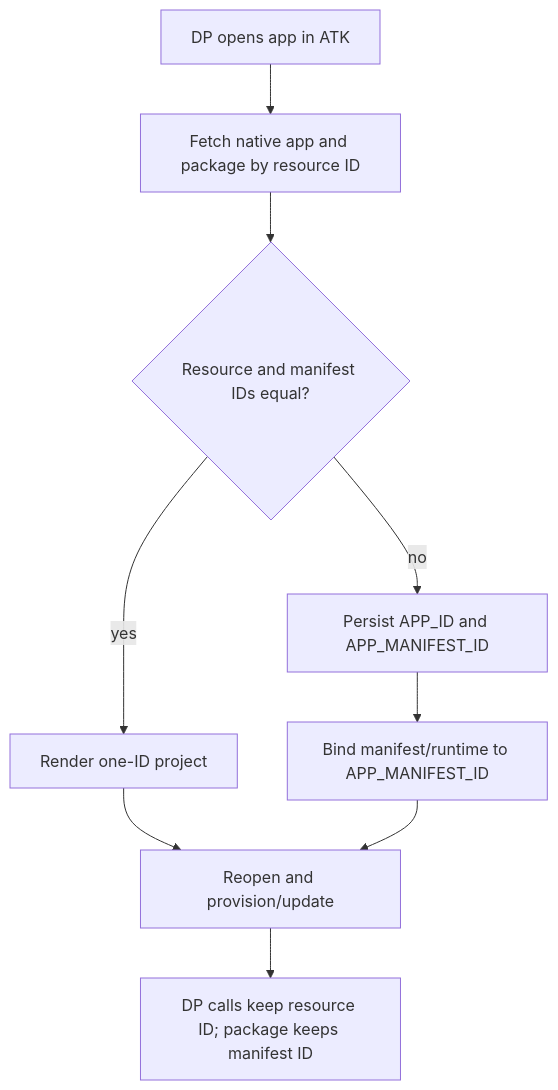
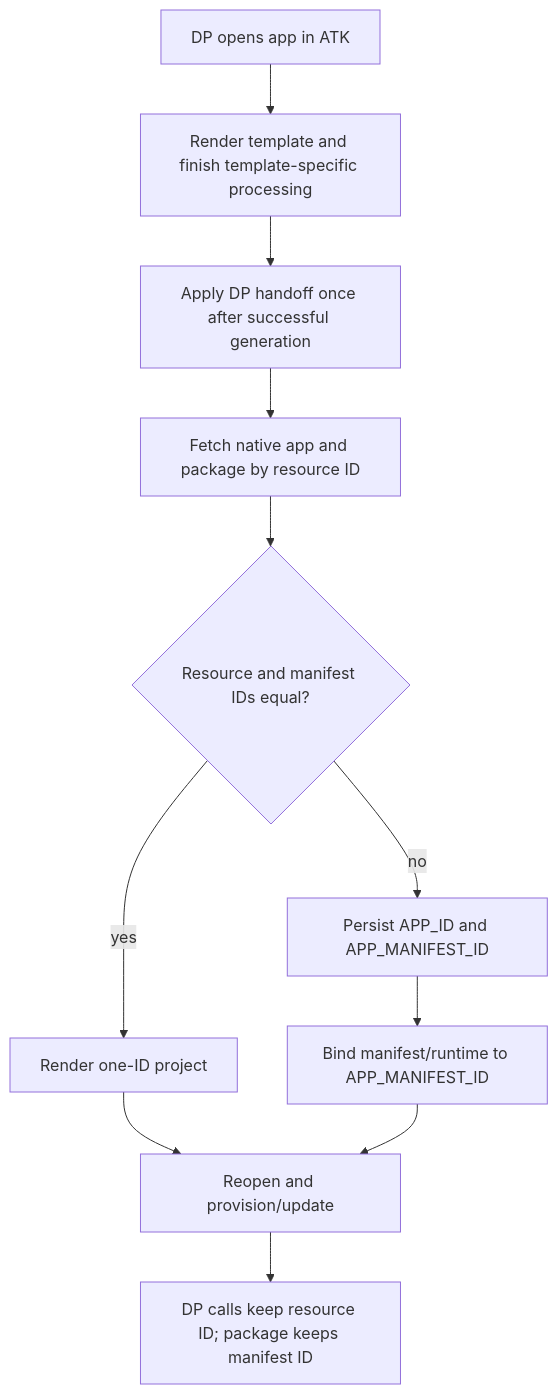
The diagram in docs/03-specs/scenarios/teams/developer-portal-migration.md (HuihuiWu-Microsoft/TeamsFx), drawn with Mermaid before and after one commit. The commit also changed other lines of this file and 17 other files, not shown here.

````diff
--- a/docs/03-specs/scenarios/teams/developer-portal-migration.md
+++ b/docs/03-specs/scenarios/teams/developer-portal-migration.md
@@ -15,11 +15,13 @@
 ```mermaid
 flowchart TD
-  A[DP opens app in ATK] --> B[Fetch native app and package by resource ID]
-  B --> C{Resource and manifest IDs equal?}
+  A[DP opens app in ATK] --> T[Render template and finish template-specific processing]
+  T --> B[Apply DP handoff once after successful generation]
+  B --> P[Fetch native app and package by resource ID]
+  P --> C{Resource and manifest IDs equal?}
   C -->|yes| D[Render one-ID project]
   C -->|no| E[Persist APP_ID and APP_MANIFEST_ID]
   E --> F[Bind manifest/runtime to APP_MANIFEST_ID]
   D --> G[Reopen and provision/update]
   F --> G
   G --> H[DP calls keep resource ID; package keeps manifest ID]
 ```
````
